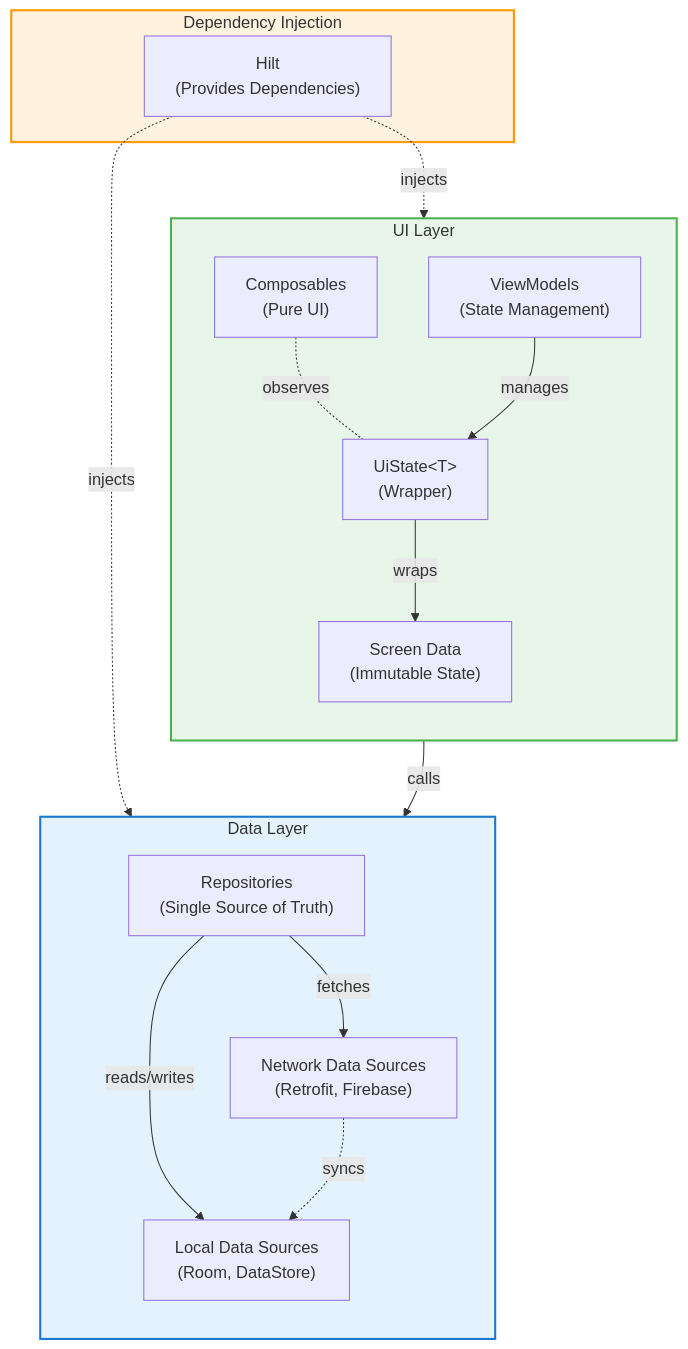
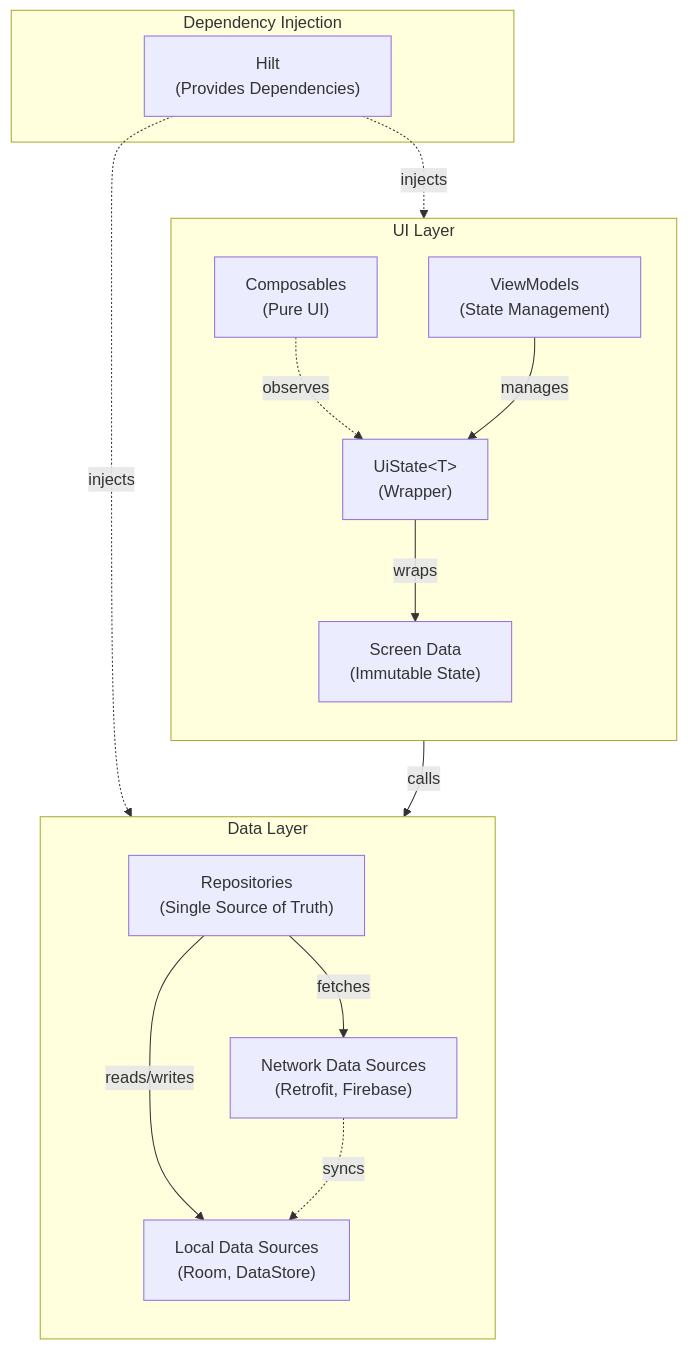
One commit to atick-faisal/Jetpack-Android-Starter changed the first of 4 diagrams in docs/architecture.md. Above: the diagram before and after it, drawn with Mermaid. The commit also changed other lines of this file and 31 other files, not shown here.

````diff
--- a/docs/architecture.md
+++ b/docs/architecture.md
@@ -21,37 +21,31 @@
 ```mermaid
 graph TB
     subgraph UI["UI Layer"]
         direction TB
         Composable["Composables<br/>(Pure UI)"]
         ViewModel["ViewModels<br/>(State Management)"]
         ScreenData["Screen Data<br/>(Immutable State)"]
         UiState["UiState&lt;T&gt;<br/>(Wrapper)"]
-
-        Composable -.observes.- UiState
+        Composable -. observes .-> UiState
         ViewModel -->|manages| UiState
         UiState -->|wraps| ScreenData
     end
 
     subgraph Data["Data Layer"]
         direction TB
         Repository["Repositories<br/>(Single Source of Truth)"]
         LocalDS["Local Data Sources<br/>(Room, DataStore)"]
         NetworkDS["Network Data Sources<br/>(Retrofit, Firebase)"]
-
         Repository -->|reads/writes| LocalDS
         Repository -->|fetches| NetworkDS
-        NetworkDS -.syncs.-> LocalDS
+        NetworkDS -. syncs .-> LocalDS
     end
 
     subgraph DI["Dependency Injection"]
         Hilt["Hilt<br/>(Provides Dependencies)"]
     end
 
     ViewModel -->|calls| Repository
-    Hilt -.injects.-> ViewModel
-    Hilt -.injects.-> Repository
-
-    style UI fill:#E8F5E9,stroke:#4CAF50,stroke-width:2px
-    style Data fill:#E3F2FD,stroke:#1976D2,stroke-width:2px
-    style DI fill:#FFF3E0,stroke:#FF9800,stroke-width:2px
+    Hilt -. injects .-> ViewModel
+    Hilt -. injects .-> Repository
 ```
````
